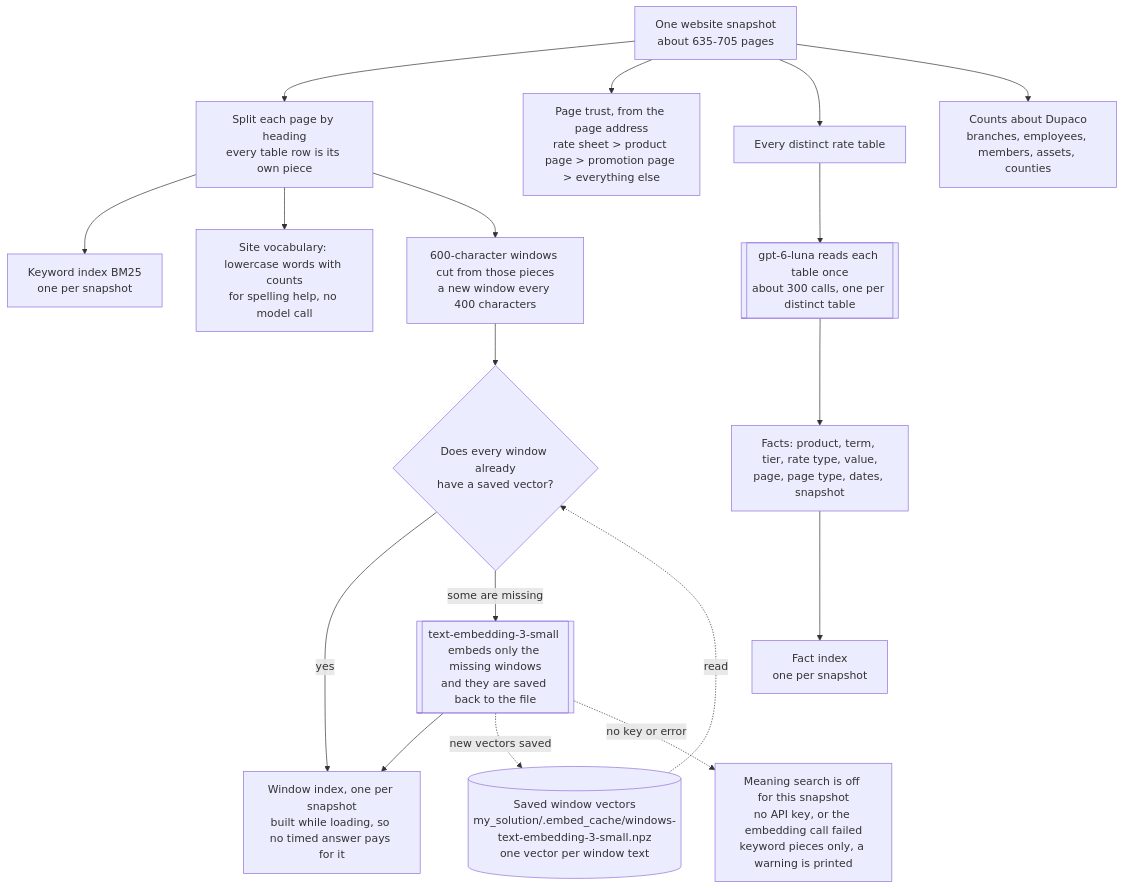
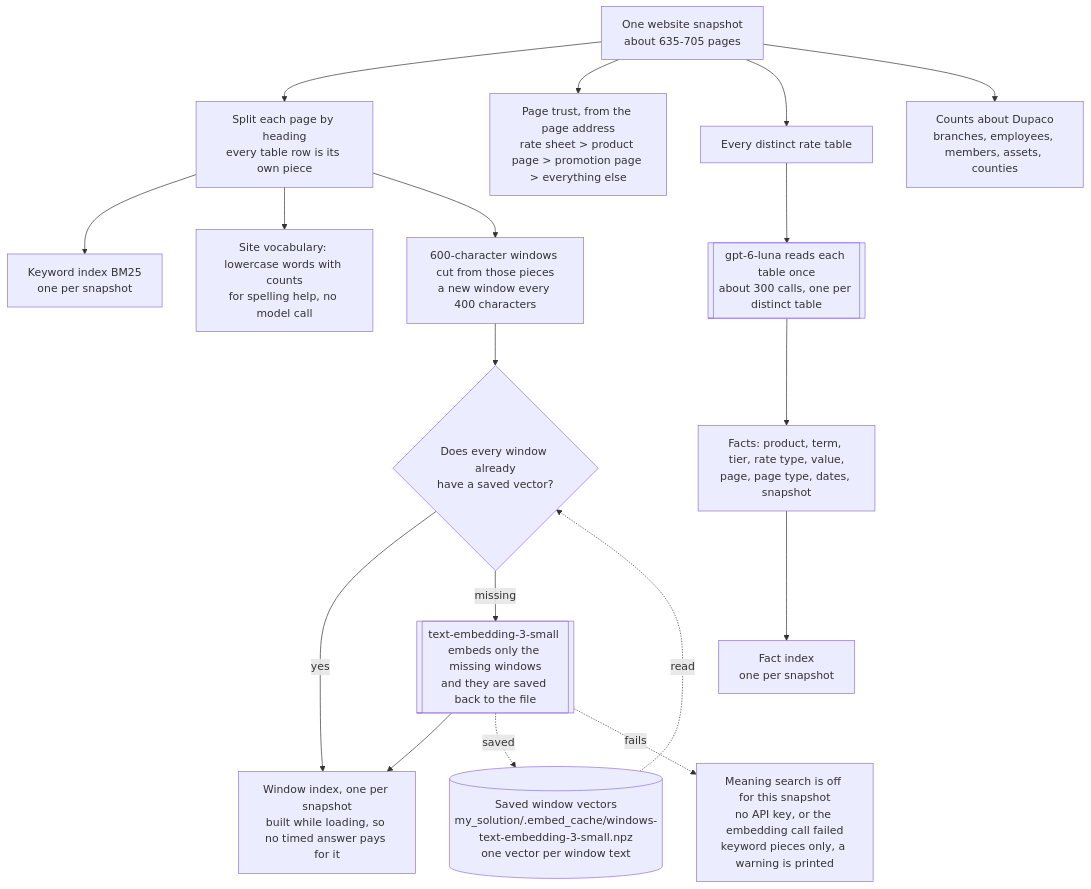
The first of 4 diagrams in workflow.md (ajayp/interface-submission), drawn with Mermaid before and after one commit. The commit also changed other lines of this file and 1 other file, not shown here.

First line of the commit message:
Docs: shorten remaining Mermaid edge labels in workflow.md and README.md

````diff
--- a/workflow.md
+++ b/workflow.md
@@ -10,20 +10,20 @@
 ```mermaid
 flowchart TD
     S[One website snapshot<br/>about 635-705 pages] --> SPLIT[Split each page by heading<br/>every table row is its own piece]
     SPLIT --> BM[Keyword index BM25<br/>one per snapshot]
     SPLIT --> VOC[Site vocabulary: lowercase words with counts<br/>for spelling help, no model call]
     S --> RANK[Page trust, from the page address<br/>rate sheet > product page > promotion page > everything else]
     S --> TABLES[Every distinct rate table]
     TABLES --> LLM1[[gpt-6-luna reads each table once<br/>about 300 calls, one per distinct table]]
     LLM1 --> FACTS[Facts: product, term, tier, rate type, value,<br/>page, page type, dates, snapshot]
     FACTS --> FIDX[Fact index<br/>one per snapshot]
     S --> COUNTS[Counts about Dupaco<br/>branches, employees, members, assets, counties]
     SPLIT --> WIN[600-character windows cut from those pieces<br/>a new window every 400 characters]
     CACHE[(Saved window vectors<br/>my_solution/.embed_cache/windows-text-embedding-3-small.npz<br/>one vector per window text)] -.read.-> CHK
     WIN --> CHK{Does every window already<br/>have a saved vector?}
     CHK -- yes --> WIDX[Window index, one per snapshot<br/>built while loading, so no timed answer pays for it]
-    CHK -- some are missing --> EMB[[text-embedding-3-small embeds only the missing windows<br/>and they are saved back to the file]]
+    CHK -- missing --> EMB[[text-embedding-3-small embeds only the missing windows<br/>and they are saved back to the file]]
     EMB --> WIDX
-    EMB -.->|new vectors saved| CACHE
-    EMB -.->|no key or error| OFF[Meaning search is off for this snapshot<br/>no API key, or the embedding call failed<br/>keyword pieces only, a warning is printed]
+    EMB -.->|saved| CACHE
+    EMB -.->|fails| OFF[Meaning search is off for this snapshot<br/>no API key, or the embedding call failed<br/>keyword pieces only, a warning is printed]
 ```
````
